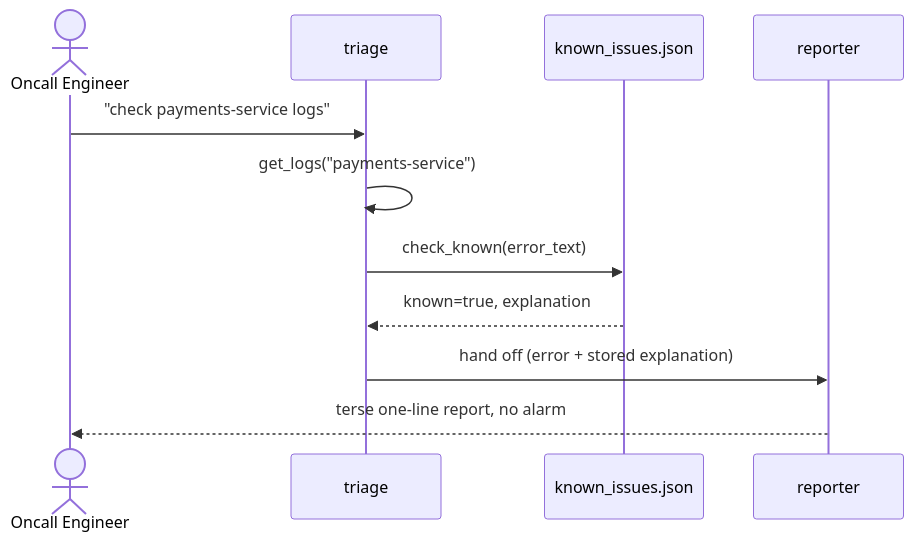
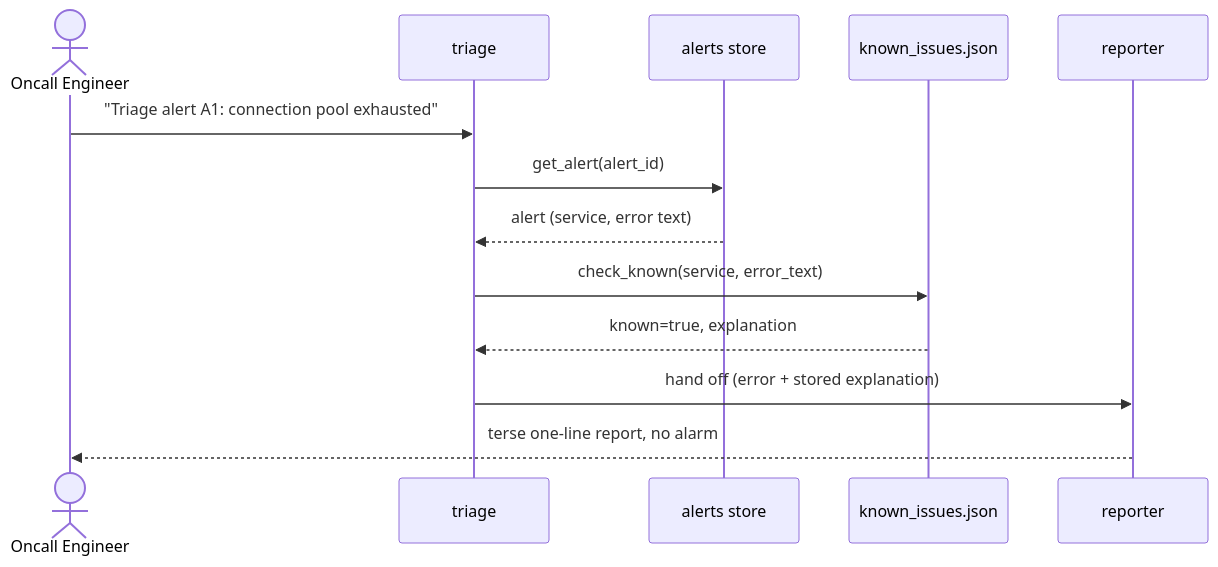
Before and after one commit to KucherenkoSerhiy/oncall-triage: the first of 2 diagrams in docs/agent.md, drawn with Mermaid. The commit also changed other lines of this file and 25 other files, not shown here.

First line of the commit message:
feat(worker): M3a real triage worker - ADK roles on Claude via LiteLLM, store-backed tools, verdict contract, daily cap, container image (#15)

````diff
--- a/docs/agent.md
+++ b/docs/agent.md
@@ -42,14 +43,16 @@
 ```mermaid
 sequenceDiagram
     actor U as Oncall Engineer
     participant T as triage
+    participant A as alerts store
     participant S as known_issues.json
     participant R as reporter
 
-    U->>T: "check payments-service logs"
-    T->>T: get_logs("payments-service")
-    T->>S: check_known(error_text)
+    U->>T: "Triage alert A1: connection pool exhausted"
+    T->>A: get_alert(alert_id)
+    A-->>T: alert (service, error text)
+    T->>S: check_known(service, error_text)
     S-->>T: known=true, explanation
     T->>R: hand off (error + stored explanation)
     R-->>U: terse one-line report, no alarm
 ```
````
